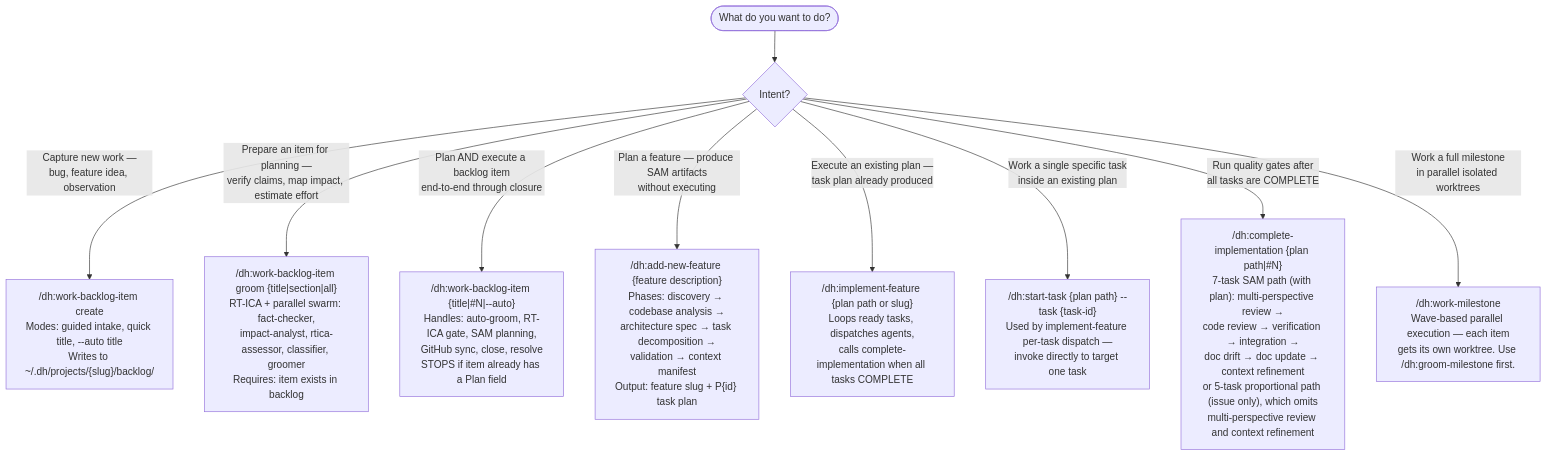
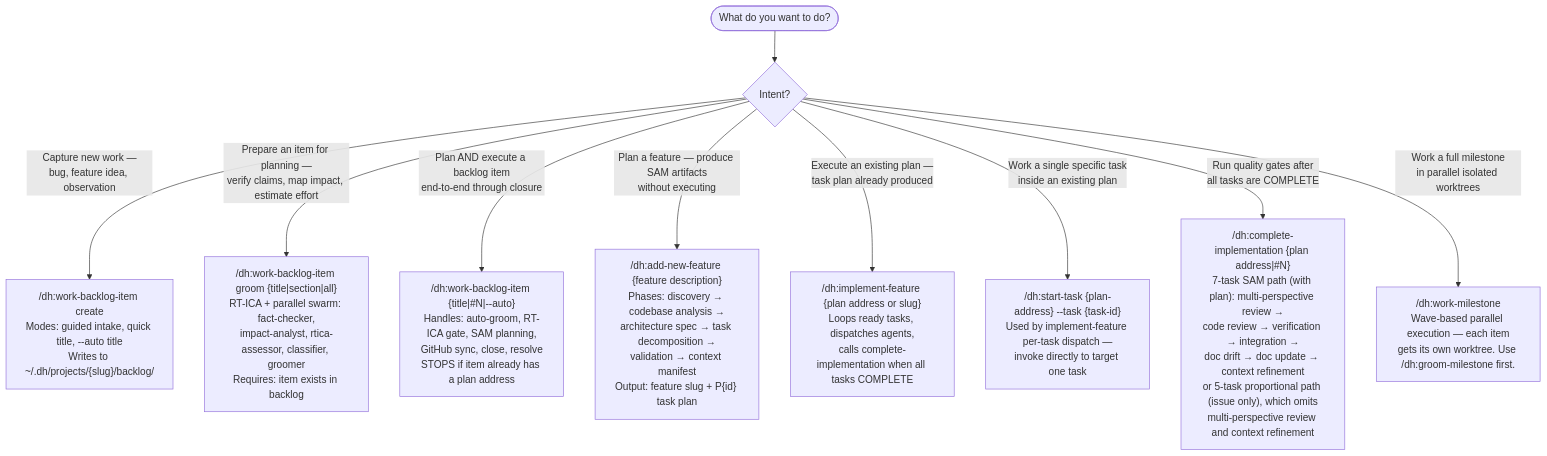
The first of 2 diagrams in plugins/development-harness/skills/development-harness/SKILL.md (Jamie-BitFlight/claude_skills), drawn with Mermaid before and after one commit. The commit also changed other lines of this file and 23 other files, not shown here.

````diff
--- a/plugins/development-harness/skills/development-harness/SKILL.md
+++ b/plugins/development-harness/skills/development-harness/SKILL.md
@@ -34,20 +34,20 @@
 ```mermaid
 flowchart TD
     Start([What do you want to do?]) --> Q1{Intent?}
 
     Q1 -->|Capture new work —<br>bug, feature idea, observation| Create["/dh:work-backlog-item create<br>Modes: guided intake, quick title, --auto title<br>Writes to ~/.dh/projects/{slug}/backlog/"]
 
     Q1 -->|Prepare an item for planning —<br>verify claims, map impact, estimate effort| Groom["/dh:work-backlog-item groom {title|section|all}<br>RT-ICA + parallel swarm: fact-checker,<br>impact-analyst, rtica-assessor, classifier, groomer<br>Requires: item exists in backlog"]
 
-    Q1 -->|Plan AND execute a backlog item<br>end-to-end through closure| Work["/dh:work-backlog-item {title|#N|--auto}<br>Handles: auto-groom, RT-ICA gate, SAM planning,<br>GitHub sync, close, resolve<br>STOPS if item already has a Plan field"]
+    Q1 -->|Plan AND execute a backlog item<br>end-to-end through closure| Work["/dh:work-backlog-item {title|#N|--auto}<br>Handles: auto-groom, RT-ICA gate, SAM planning,<br>GitHub sync, close, resolve<br>STOPS if item already has a plan address"]
 
     Q1 -->|Plan a feature — produce SAM artifacts<br>without executing| Plan["/dh:add-new-feature {feature description}<br>Phases: discovery → codebase analysis →<br>architecture spec → task decomposition →<br>validation → context manifest<br>Output: feature slug + P{id} task plan"]
 
-    Q1 -->|Execute an existing plan —<br>task plan already produced| Execute["/dh:implement-feature {plan path or slug}<br>Loops ready tasks, dispatches agents,<br>calls complete-implementation when all tasks COMPLETE"]
+    Q1 -->|Execute an existing plan —<br>task plan already produced| Execute["/dh:implement-feature {plan address or slug}<br>Loops ready tasks, dispatches agents,<br>calls complete-implementation when all tasks COMPLETE"]
 
-    Q1 -->|Work a single specific task<br>inside an existing plan| Single["/dh:start-task {plan path} --task {task-id}<br>Used by implement-feature per-task dispatch —<br>invoke directly to target one task"]
+    Q1 -->|Work a single specific task<br>inside an existing plan| Single["/dh:start-task {plan-address} --task {task-id}<br>Used by implement-feature per-task dispatch —<br>invoke directly to target one task"]
 
-    Q1 -->|Run quality gates after<br>all tasks are COMPLETE| QG["/dh:complete-implementation {plan path|#N}<br>7-task SAM path (with plan): multi-perspective review →<br>code review → verification → integration →<br>doc drift → doc update → context refinement<br>or 5-task proportional path (issue only), which omits<br>multi-perspective review and context refinement"]
+    Q1 -->|Run quality gates after<br>all tasks are COMPLETE| QG["/dh:complete-implementation {plan address|#N}<br>7-task SAM path (with plan): multi-perspective review →<br>code review → verification → integration →<br>doc drift → doc update → context refinement<br>or 5-task proportional path (issue only), which omits<br>multi-perspective review and context refinement"]
 
     Q1 -->|Work a full milestone<br>in parallel isolated worktrees| Milestone["/dh:work-milestone<br>Wave-based parallel execution — each item<br>gets its own worktree. Use /dh:groom-milestone first."]
 ```
````
